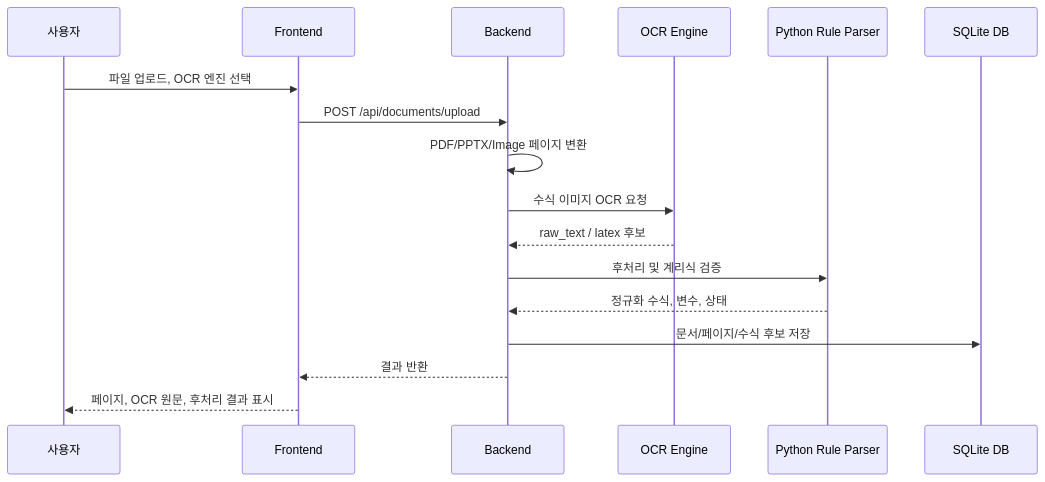
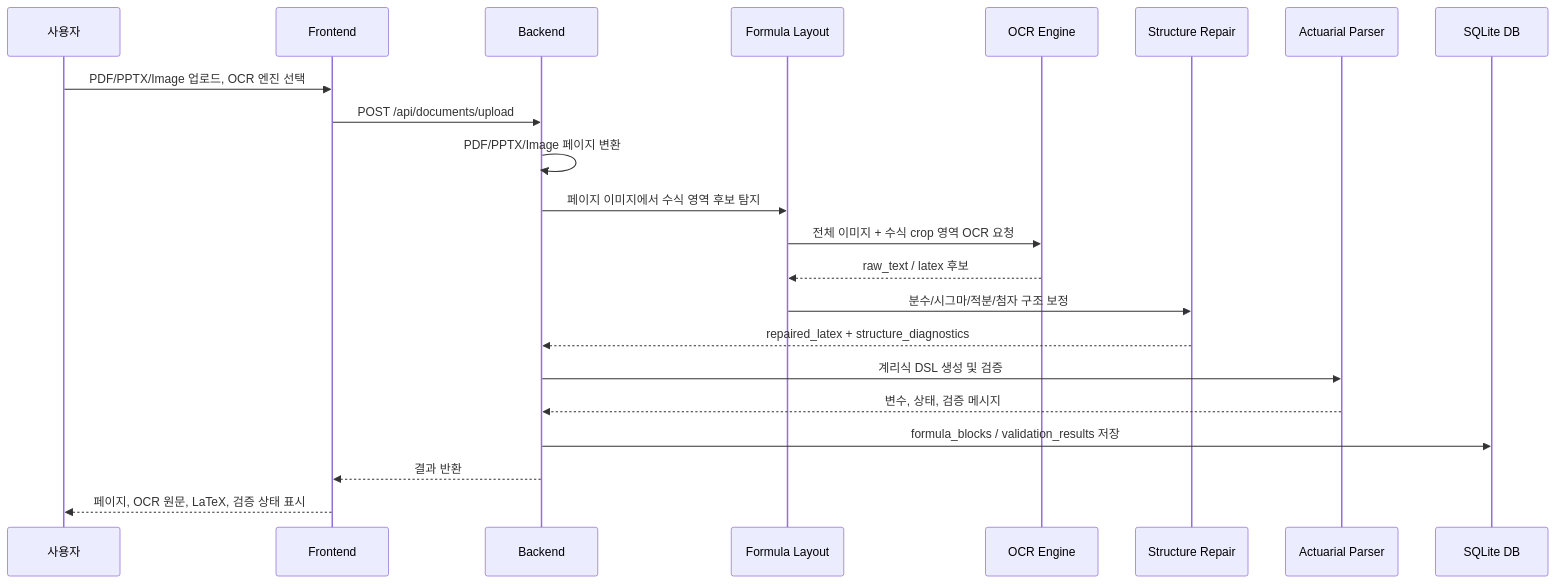
One commit to sonmap/azure_OCR_Formual_Qwen_AI changed the second of 2 diagrams in README.md. Above: the diagram before and after it, drawn with Mermaid. The commit also changed other lines of this file, not shown here.

Commit message:
Document structured formula OCR pipeline

````diff
--- a/README.md
+++ b/README.md
@@ -62,20 +81,25 @@
 ```mermaid
 sequenceDiagram
     participant U as 사용자
     participant F as Frontend
     participant B as Backend
+    participant L as Formula Layout
     participant O as OCR Engine
-    participant P as Python Rule Parser
+    participant S as Structure Repair
+    participant P as Actuarial Parser
     participant D as SQLite DB
 
-    U->>F: 파일 업로드, OCR 엔진 선택
+    U->>F: PDF/PPTX/Image 업로드, OCR 엔진 선택
     F->>B: POST /api/documents/upload
     B->>B: PDF/PPTX/Image 페이지 변환
-    B->>O: 수식 이미지 OCR 요청
-    O-->>B: raw_text / latex 후보
-    B->>P: 후처리 및 계리식 검증
-    P-->>B: 정규화 수식, 변수, 상태
-    B->>D: 문서/페이지/수식 후보 저장
+    B->>L: 페이지 이미지에서 수식 영역 후보 탐지
+    L->>O: 전체 이미지 + 수식 crop 영역 OCR 요청
+    O-->>L: raw_text / latex 후보
+    L->>S: 분수/시그마/적분/첨자 구조 보정
+    S-->>B: repaired_latex + structure_diagnostics
+    B->>P: 계리식 DSL 생성 및 검증
+    P-->>B: 변수, 상태, 검증 메시지
+    B->>D: formula_blocks / validation_results 저장
     B-->>F: 결과 반환
-    F-->>U: 페이지, OCR 원문, 후처리 결과 표시
+    F-->>U: 페이지, OCR 원문, LaTeX, 검증 상태 표시
 ```
````
